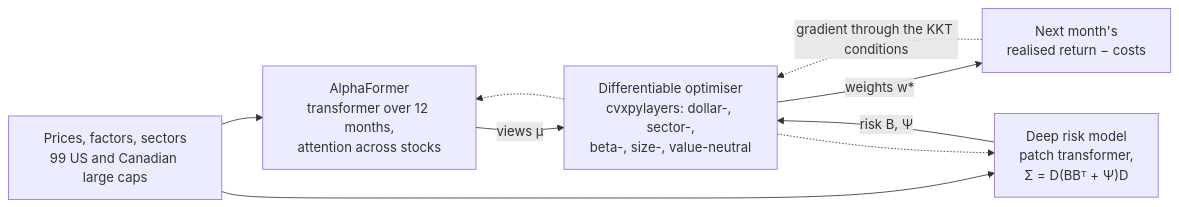
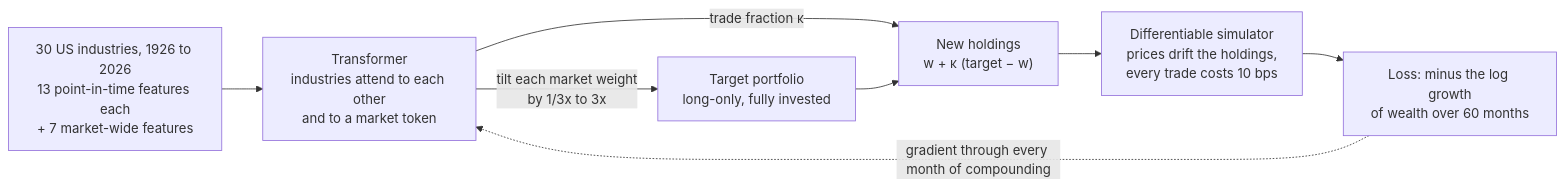
One commit to shmorsi/deep-portfolio-constructor changed the diagram in README.md. Above: the diagram before and after it, drawn with Mermaid. The commit also changed other lines of this file and 11 other files, not shown here.

````diff
--- a/README.md
+++ b/README.md
@@ -7,11 +7,10 @@
 ```mermaid
 flowchart LR
-  D["Prices, factors, sectors<br/>99 US and Canadian large caps"] --> A["AlphaFormer<br/>transformer over 12 months,<br/>attention across stocks"]
-  D --> R["Deep risk model<br/>patch transformer,<br/>Σ = D(BBᵀ + Ψ)D"]
-  A -- "views μ" --> O["Differentiable optimiser<br/>cvxpylayers: dollar-, sector-,<br/>beta-, size-, value-neutral"]
-  R -- "risk B, Ψ" --> O
-  O -- "weights w*" --> P["Next month's<br/>realised return − costs"]
-  P -. "gradient through the KKT conditions" .-> O
-  O -. " " .-> A
-  O -. " " .-> R
+  D["30 US industries, 1926 to 2026<br/>13 point-in-time features each<br/>+ 7 market-wide features"] --> T["Transformer<br/>industries attend to each other<br/>and to a market token"]
+  T -- "tilt each market weight<br/>by 1/3x to 3x" --> G["Target portfolio<br/>long-only, fully invested"]
+  T -- "trade fraction κ" --> H["New holdings<br/>w + κ (target − w)"]
+  G --> H
+  H --> S["Differentiable simulator<br/>prices drift the holdings,<br/>every trade costs 10 bps"]
+  S --> L["Loss: minus the log growth<br/>of wealth over 60 months"]
+  L -. "gradient through every month of compounding" .-> T
 ```
````
